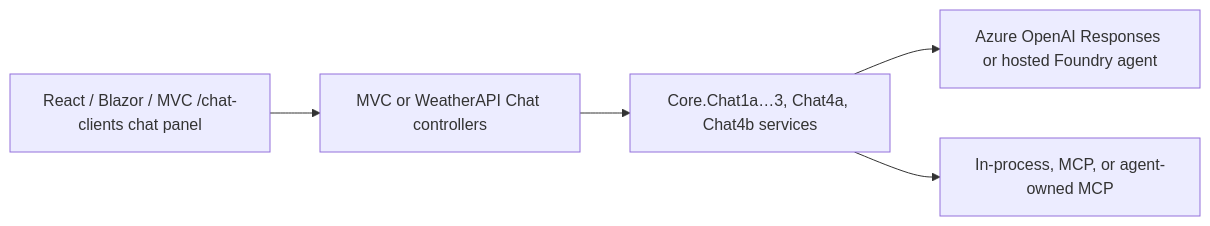
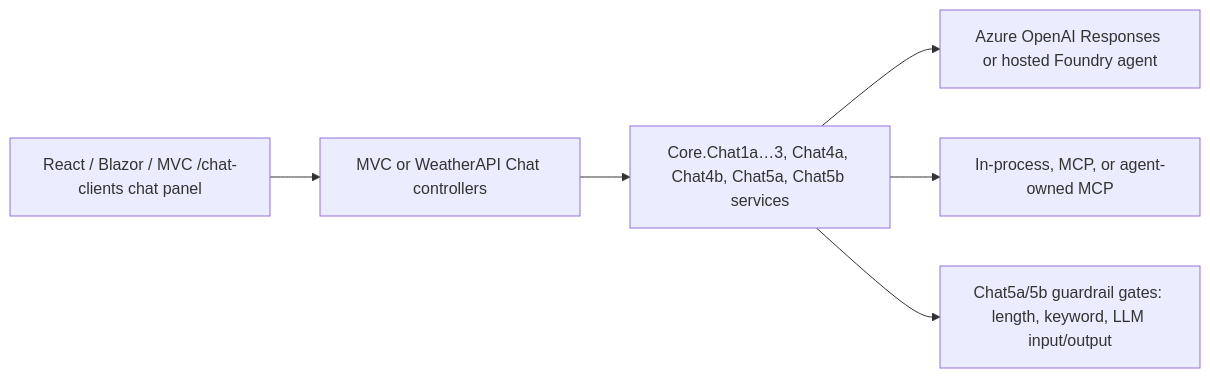
One commit to dustinkorzaan/weather-1116 changed the first of 2 diagrams in docs/architecture.md. Above: the diagram before and after it, drawn with Mermaid. The commit also changed other lines of this file and 45 other files, not shown here.

````diff
--- a/docs/architecture.md
+++ b/docs/architecture.md
@@ -127,13 +129,15 @@
 ```mermaid
 flowchart LR
   UI[React / Blazor / MVC /chat-clients chat panel]
   API[MVC or WeatherAPI Chat controllers]
-  Core[Core.Chat1a…3, Chat4a, Chat4b services]
+  Core[Core.Chat1a…3, Chat4a, Chat4b, Chat5a, Chat5b services]
   Model[Azure OpenAI Responses or hosted Foundry agent]
   Tools[In-process, MCP, or agent-owned MCP]
+  Gates[Chat5a/5b guardrail gates: length, keyword, LLM input/output]
 
   UI --> API
   API --> Core
   Core --> Model
   Core --> Tools
+  Core --> Gates
 ```
````
